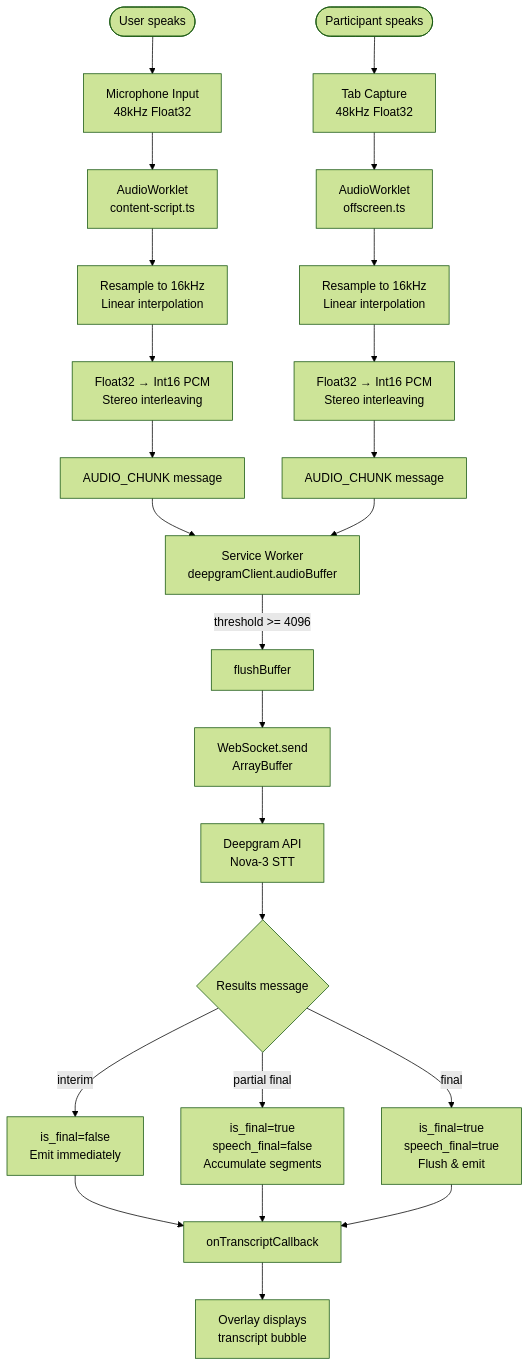
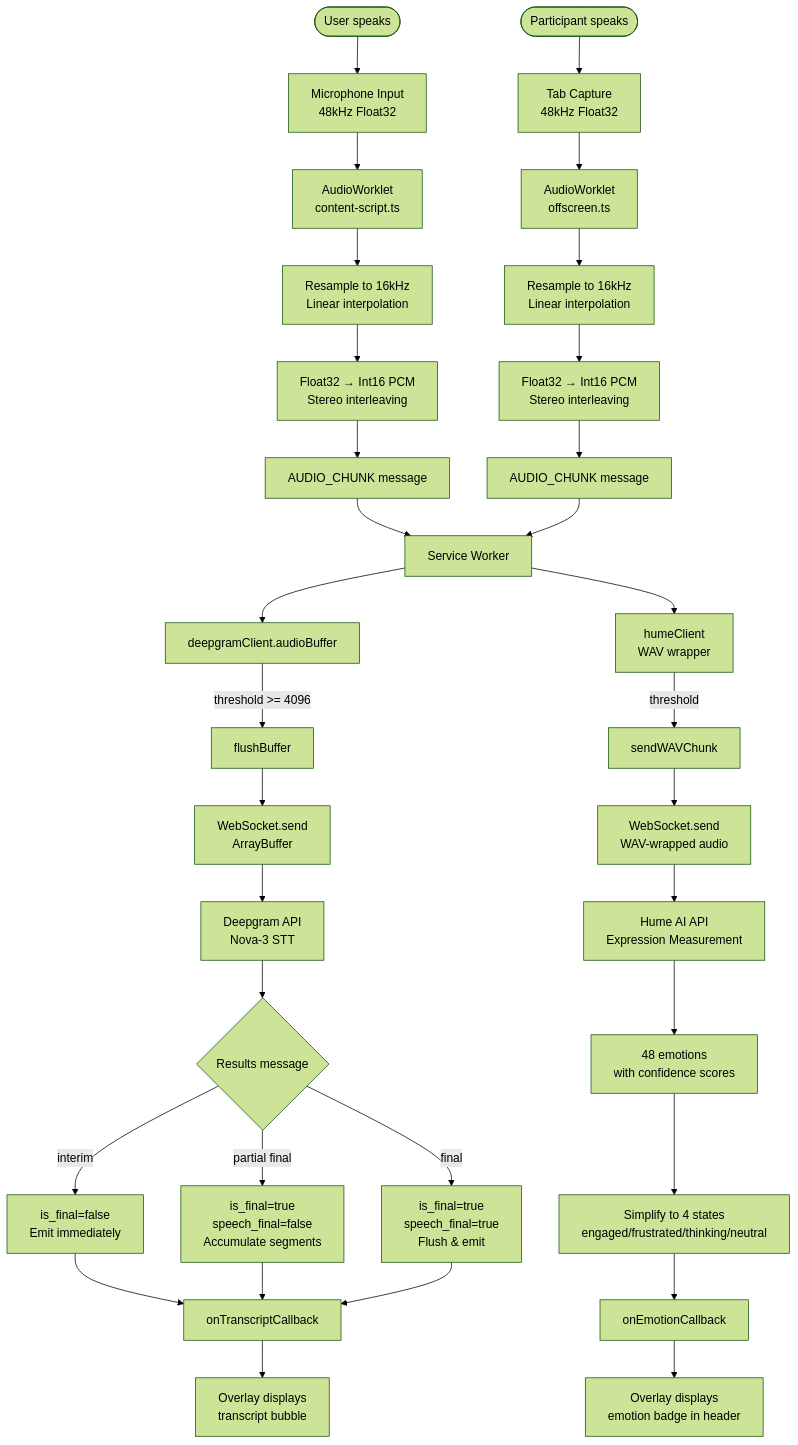
The third of 4 diagrams in docs/diagrams/ARCHITECTURE.md (AntoineDubuc/wingman-ai), drawn with Mermaid (forest theme) before and after one commit. The commit also changed other lines of this file and 110 other files, not shown here.

````diff
--- a/docs/diagrams/ARCHITECTURE.md
+++ b/docs/diagrams/ARCHITECTURE.md
@@ -122,37 +127,49 @@
 ```mermaid
 flowchart TD
     Start([User speaks]) --> Mic[Microphone Input<br/>48kHz Float32]
     Participant([Participant speaks]) --> Tab[Tab Capture<br/>48kHz Float32]
 
     Mic --> Worklet1[AudioWorklet<br/>content-script.ts]
     Tab --> Worklet2[AudioWorklet<br/>offscreen.ts]
 
     Worklet1 --> Resample1[Resample to 16kHz<br/>Linear interpolation]
     Worklet2 --> Resample2[Resample to 16kHz<br/>Linear interpolation]
 
     Resample1 --> Convert1[Float32 → Int16 PCM<br/>Stereo interleaving]
     Resample2 --> Convert2[Float32 → Int16 PCM<br/>Stereo interleaving]
 
     Convert1 --> Chunk1[AUDIO_CHUNK message]
     Convert2 --> Chunk2[AUDIO_CHUNK message]
 
-    Chunk1 --> Buffer[Service Worker<br/>deepgramClient.audioBuffer]
-    Chunk2 --> Buffer
+    Chunk1 --> SW[Service Worker]
+    Chunk2 --> SW
 
-    Buffer --> |threshold >= 4096| Flush[flushBuffer]
-    Flush --> WS[WebSocket.send<br/>ArrayBuffer]
+    SW --> Buffer1[deepgramClient.audioBuffer]
+    SW --> Buffer2[humeClient<br/>WAV wrapper]
 
-    WS --> Deepgram[Deepgram API<br/>Nova-3 STT]
+    Buffer1 --> |threshold >= 4096| Flush1[flushBuffer]
+    Buffer2 --> |threshold| Flush2[sendWAVChunk]
+
+    Flush1 --> WS1[WebSocket.send<br/>ArrayBuffer]
+    Flush2 --> WS2[WebSocket.send<br/>WAV-wrapped audio]
+
+    WS1 --> Deepgram[Deepgram API<br/>Nova-3 STT]
+    WS2 --> Hume[Hume AI API<br/>Expression Measurement]
 
     Deepgram --> Results{Results message}
     Results -->|interim| Interim[is_final=false<br/>Emit immediately]
     Results -->|partial final| Accumulate[is_final=true<br/>speech_final=false<br/>Accumulate segments]
     Results -->|final| Final[is_final=true<br/>speech_final=true<br/>Flush & emit]
 
     Interim --> Callback[onTranscriptCallback]
     Accumulate --> Callback
     Final --> Callback
 
+    Hume --> Emotions[48 emotions<br/>with confidence scores]
+    Emotions --> Simplify[Simplify to 4 states<br/>engaged/frustrated/thinking/neutral]
+    Simplify --> EmotionCallback[onEmotionCallback]
+
     Callback --> Display[Overlay displays<br/>transcript bubble]
+    EmotionCallback --> Badge[Overlay displays<br/>emotion badge in header]
 
 ```
````
